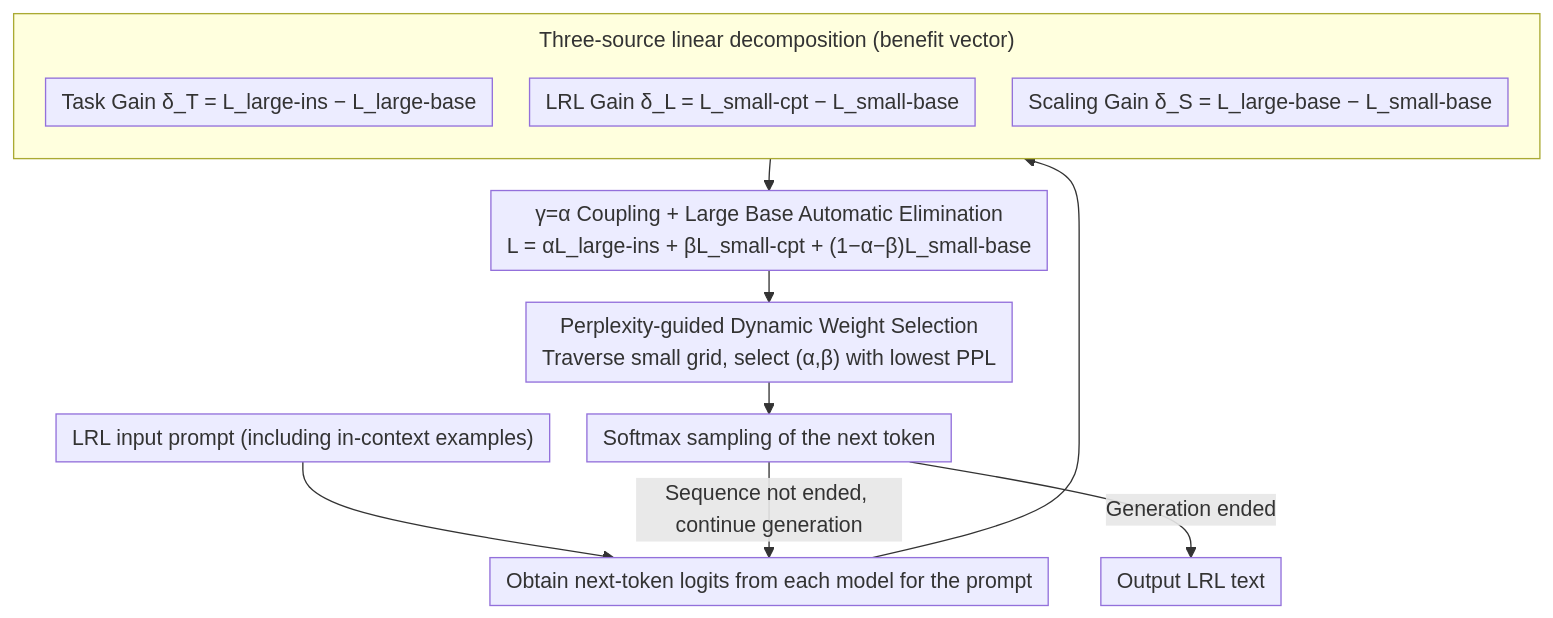
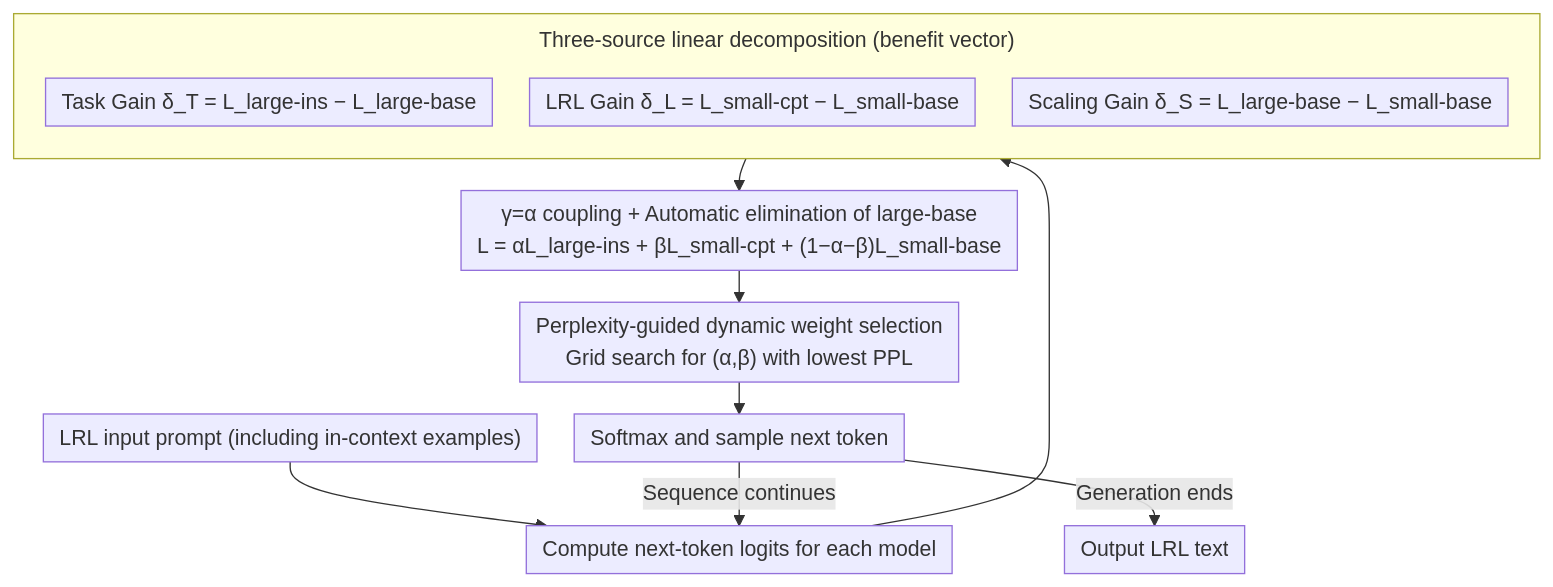
The diagram in docs/ACL2026/multilingual_mt/efficient_low-resource_language_adaptation_via_multi-source_dynamic_logit_fusion.md (zhaoyang97/Paper-Notes-en), drawn with Mermaid before and after one commit. The commit also changed other lines of this file and 5084 other files, not shown here.

````diff
--- a/docs/ACL2026/multilingual_mt/efficient_low-resource_language_adaptation_via_multi-source_dynamic_logit_fusion.md
+++ b/docs/ACL2026/multilingual_mt/efficient_low-resource_language_adaptation_via_multi-source_dynamic_logit_fusion.md
@@ -44,17 +44,17 @@
 ```mermaid
 %%{init: {'flowchart': {'rankSpacing': 24, 'nodeSpacing': 28, 'padding': 6, 'wrappingWidth': 400, 'subGraphTitleMargin': {'top': 8, 'bottom': 16}}}}%%
 flowchart TD
-    A["LRL input prompt (including in-context examples)"] --> B["Obtain next-token logits from each model for the prompt"]
+    A["LRL input prompt (including in-context examples)"] --> B["Compute next-token logits for each model"]
     B --> TRI
     subgraph TRI["Three-source linear decomposition (benefit vector)"]
         direction TB
         C1["Task Gain δ_T = L_large-ins − L_large-base"]
         C2["LRL Gain δ_L = L_small-cpt − L_small-base"]
         C3["Scaling Gain δ_S = L_large-base − L_small-base"]
     end
-    TRI --> D["γ=α Coupling + Large Base Automatic Elimination<br/>L = αL_large-ins + βL_small-cpt + (1−α−β)L_small-base"]
-    D --> E["Perplexity-guided Dynamic Weight Selection<br/>Traverse small grid, select (α,β) with lowest PPL"]
-    E --> F["Softmax sampling of the next token"]
-    F -->|Sequence not ended, continue generation| B
-    F -->|Generation ended| G["Output LRL text"]
+    TRI --> D["γ=α coupling + Automatic elimination of large-base<br/>L = αL_large-ins + βL_small-cpt + (1−α−β)L_small-base"]
+    D --> E["Perplexity-guided dynamic weight selection<br/>Grid search for (α,β) with lowest PPL"]
+    E --> F["Softmax and sample next token"]
+    F -->|Sequence continues| B
+    F -->|Generation ends| G["Output LRL text"]
 ```
````
